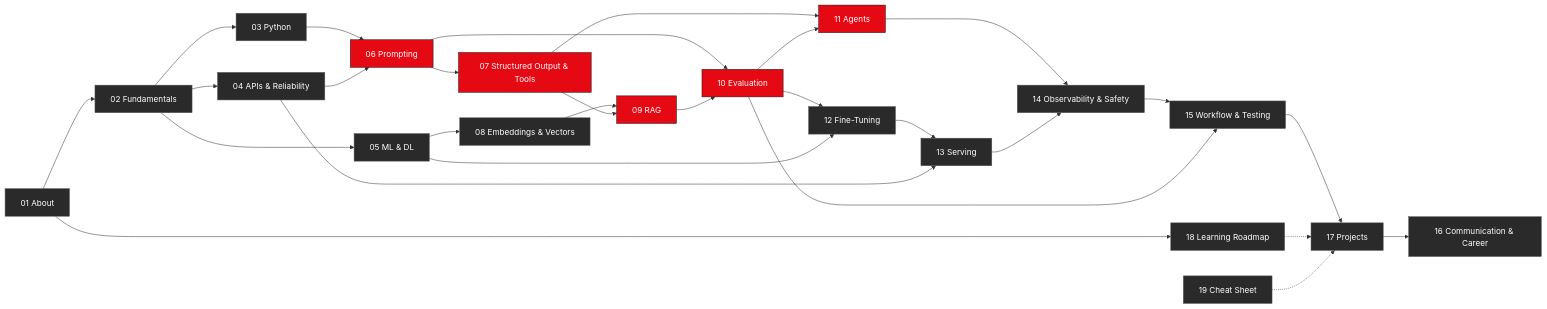
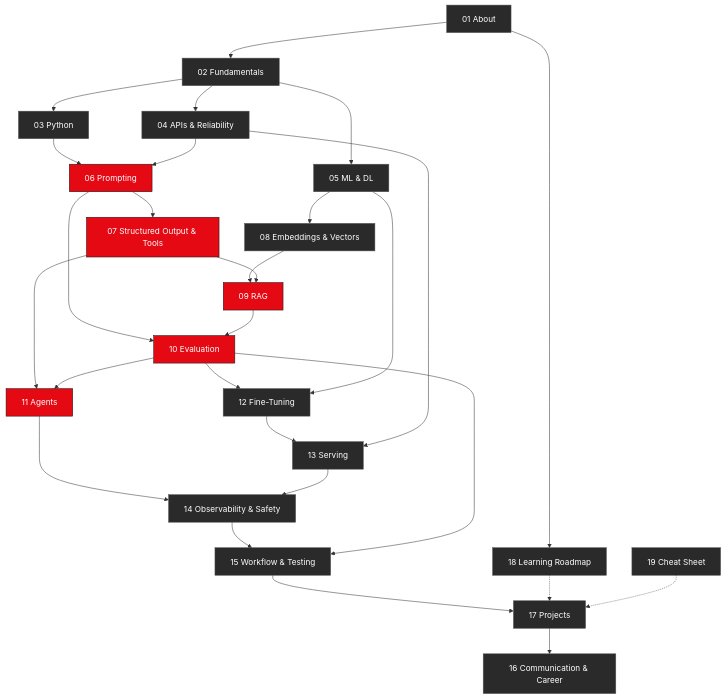
One commit to vishalgwu/ultimate-ai-engineering-roadmap-2026 changed the first of 2 diagrams in README.md. Above: the diagram before and after it, drawn with Mermaid.

Commit message:
README: make learning-path diagram top-down for readability

````diff
--- a/README.md
+++ b/README.md
@@ -178,34 +178,34 @@
 ```mermaid
-flowchart LR
+flowchart TD
   A[01 About] --> B[02 Fundamentals]
   B --> C[03 Python]
   B --> D[04 APIs & Reliability]
   B --> E[05 ML & DL]
   C --> F[06 Prompting]
   D --> F
   F --> G[07 Structured Output & Tools]
   E --> H[08 Embeddings & Vectors]
   H --> I[09 RAG]
   G --> I
   F --> J[10 Evaluation]
   I --> J
   G --> K[11 Agents]
   J --> K
   J --> L[12 Fine-Tuning]
   E --> L
   L --> M[13 Serving]
   D --> M
   K --> N[14 Observability & Safety]
   M --> N
   N --> O[15 Workflow & Testing]
   J --> O
   O --> P[17 Projects]
   P --> Q[16 Communication & Career]
   A --> R[18 Learning Roadmap]
   R -.-> P
   S[19 Cheat Sheet] -.-> P
   classDef core fill:#E50914,stroke:#141414,color:#fff;
   classDef base fill:#2a2a2a,stroke:#555,color:#fff;
   class F,G,I,J,K core;
   class A,B,C,D,E,H,L,M,N,O,P,Q,R,S base;
 ```
````
